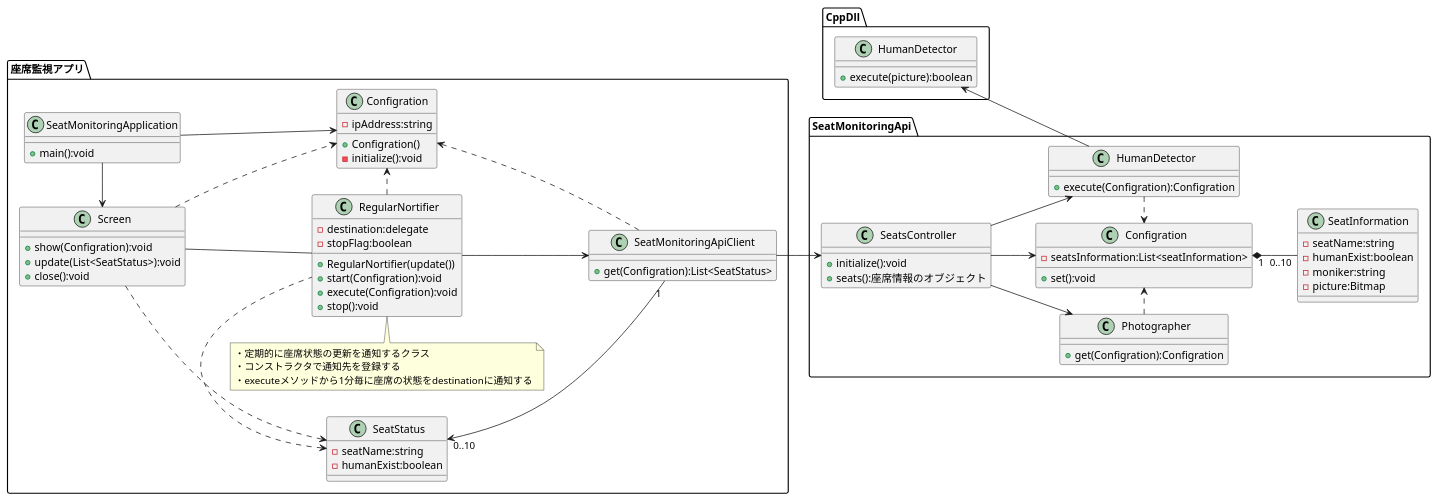
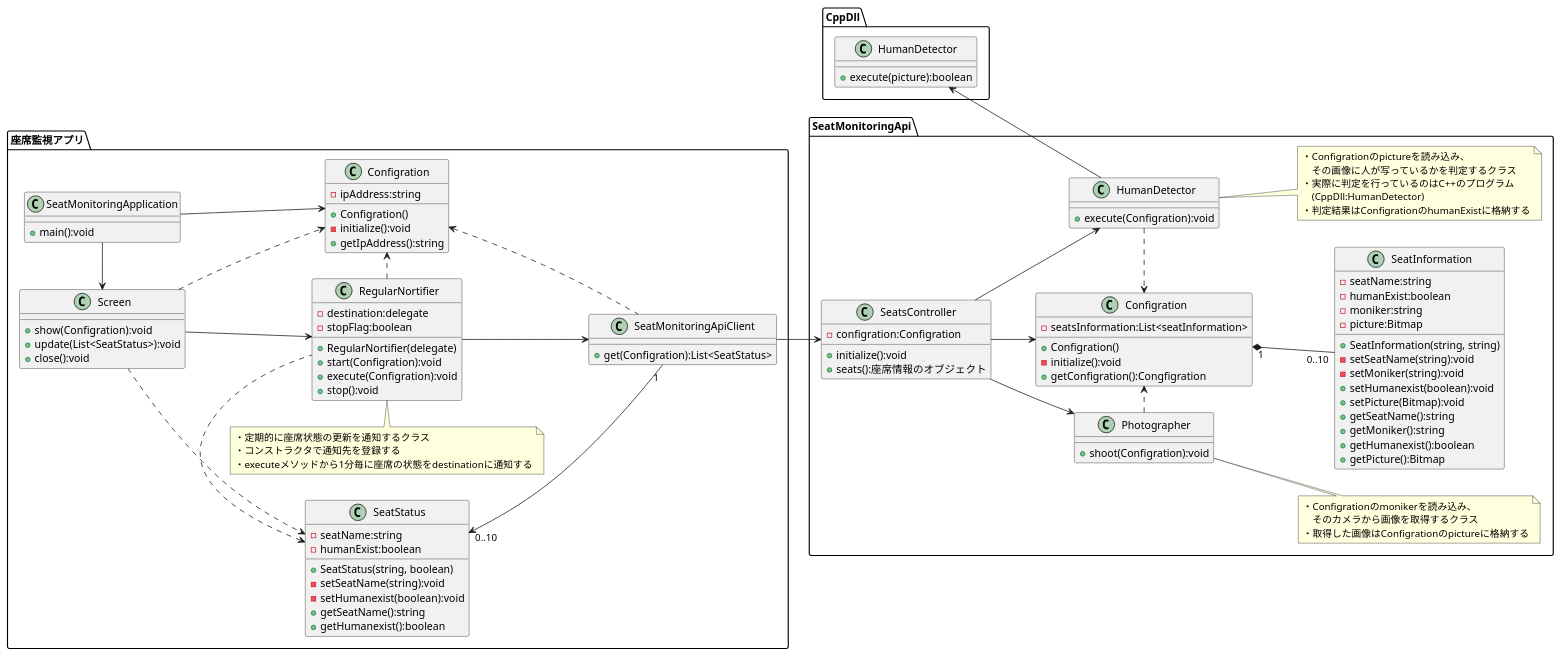
Before and after one commit to KeisukeSugita/Seat-monitoring-system: the diagram in doc/詳細設計/構成図(.pu)/クラス図.pu, drawn with PlantUML. The commit also changed 3 other files, not shown here.

```diff
--- a/doc/詳細設計/構成図(.pu)/クラス図.pu
+++ b/doc/詳細設計/構成図(.pu)/クラス図.pu
@@ -1,97 +1,127 @@
 @startuml クラス図
 left to right direction
 
 package 座席監視アプリ {
     class "SeatMonitoringApplication" as SeatMonitoringApplication {
         + main():void
     }
 
     class "Configration" as ClientConfigration {
 		- ipAddress:string
         + Configration()
         - initialize():void
+        + getIpAddress():string
     }
 
 	class "Screen" as Screen {
         + show(Configration):void
         + update(List<SeatStatus>):void
 		+ close():void
     }
 
     class "SeatMonitoringApiClient" as SeatMonitoringApiClient {
         + get(Configration):List<SeatStatus>
     }
 
     class "RegularNortifier" as RegularNortifier {
         - destination:delegate
         - stopFlag:boolean
-        + RegularNortifier(update())
+        + RegularNortifier(delegate)
         + start(Configration):void
         + execute(Configration):void
         + stop():void
     }
         note top of RegularNortifier
             ・定期的に座席状態の更新を通知するクラス
             ・コンストラクタで通知先を登録する
             ・executeメソッドから1分毎に座席の状態をdestinationに通知する
         end note
 
     class "SeatStatus" as SeatStatus {
         - seatName:string
         - humanExist:boolean
-    }
+        + SeatStatus(string, boolean)
+        - setSeatName(string):void
+        - setHumanexist(boolean):void
+        + getSeatName():string
+        + getHumanexist():boolean
+            }
 }
 
 package SeatMonitoringApi {
     class "SeatsController" as SeatsController {
+        - configration:Configration
         + initialize():void
         + seats():座席情報のオブジェクト
     }
     
     class "Configration" as ServerConfigration {
         - seatsInformation:List<seatInformation>
-        + set():void
+        + Configration()
+        - initialize():void
+        + getConfigration():Congfigration
     }
 
     class "Photographer" as Photographer {
-        + get(Configration):Configration
+        + shoot(Configration):void
     }
+        note right of Photographer
+            ・Configrationのmonikerを読み込み、
+            　そのカメラから画像を取得するクラス
+            ・取得した画像はConfigrationのpictureに格納する
+        end note
     
     class "SeatInformation" as SeatInformation {
         - seatName:string
         - humanExist:boolean
         - moniker:string
         - picture:Bitmap
+        + SeatInformation(string, string)
+        - setSeatName(string):void
+        - setMoniker(string):void
+        + setHumanexist(boolean):void
+        + setPicture(Bitmap):void
+        + getSeatName():string
+        + getMoniker():string
+        + getHumanexist():boolean
+        + getPicture():Bitmap
     }
     
     class "HumanDetector" as CsHumanDetector {
-        + execute(Configration):Configration
+        + execute(Configration):void
     }
+        note right of CsHumanDetector
+            ・Configrationのpictureを読み込み、
+            　その画像に人が写っているかを判定するクラス
+            ・実際に判定を行っているのはC++のプログラム
+            　(CppDll:HumanDetector)
+            ・判定結果はConfigrationのhumanExistに格納する
+        end note
 }
 
 package CppDll {
     class "HumanDetector" as CppHumanDetector {
         + execute(picture):boolean
     }
 }
 
 SeatMonitoringApplication -> ClientConfigration
 SeatMonitoringApplication -left-> Screen
-Screen -down- RegularNortifier
+Screen -down-> RegularNortifier
 RegularNortifier -down-> SeatMonitoringApiClient
 RegularNortifier .> ClientConfigration
 RegularNortifier .left.> SeatStatus
 Screen .> SeatStatus
 Screen .> ClientConfigration
 SeatMonitoringApiClient .left.> ClientConfigration
 SeatMonitoringApiClient "1"-left->"0..10" SeatStatus
 SeatMonitoringApiClient -down-> SeatsController
 ServerConfigration "1"*-down-"0..10" SeatInformation
 SeatsController -> ServerConfigration
 SeatsController --> Photographer
 SeatsController --> CsHumanDetector
 CppHumanDetector <-- CsHumanDetector
 Photographer .> ServerConfigration
 CsHumanDetector .> ServerConfigration
 
 @enduml
```
